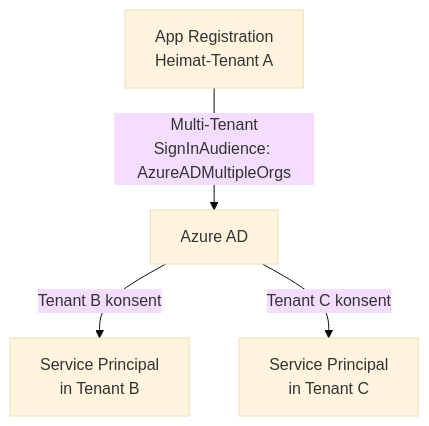
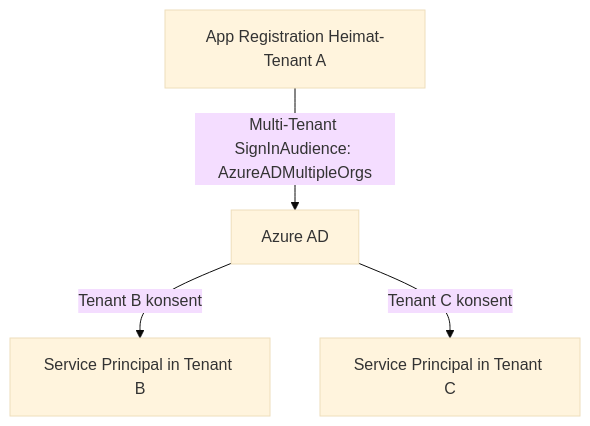
One commit to SoniiiT/notes-n-docs changed the seventh of 7 diagrams in Microsoft 365/Azure/Identität und Schlüssel/Microsoft Entra Workload ID.md. Above: the diagram before and after it, drawn with Mermaid (base theme). The commit also changed other lines of this file and 124 other files, not shown here.

First line of the commit message:
fix: Entferne \n aus allen Mermaid-Diagrammen (125 Dateien)

````diff
--- a/Microsoft 365/Azure/Identität und Schlüssel/Microsoft Entra Workload ID.md
+++ b/Microsoft 365/Azure/Identität und Schlüssel/Microsoft Entra Workload ID.md
@@ -334,6 +334,6 @@
 ```mermaid
 graph TD
-    AR[App Registration\nHeimat-Tenant A] -->|Multi-Tenant\nSignInAudience: AzureADMultipleOrgs| GLOBAL[Azure AD]
-    GLOBAL -->|Tenant B konsent| SPB[Service Principal\nin Tenant B]
-    GLOBAL -->|Tenant C konsent| SPC[Service Principal\nin Tenant C]
+    AR[App Registration Heimat-Tenant A] -->|Multi-Tenant SignInAudience: AzureADMultipleOrgs| GLOBAL[Azure AD]
+    GLOBAL -->|Tenant B konsent| SPB[Service Principal in Tenant B]
+    GLOBAL -->|Tenant C konsent| SPC[Service Principal in Tenant C]
 ```
````
